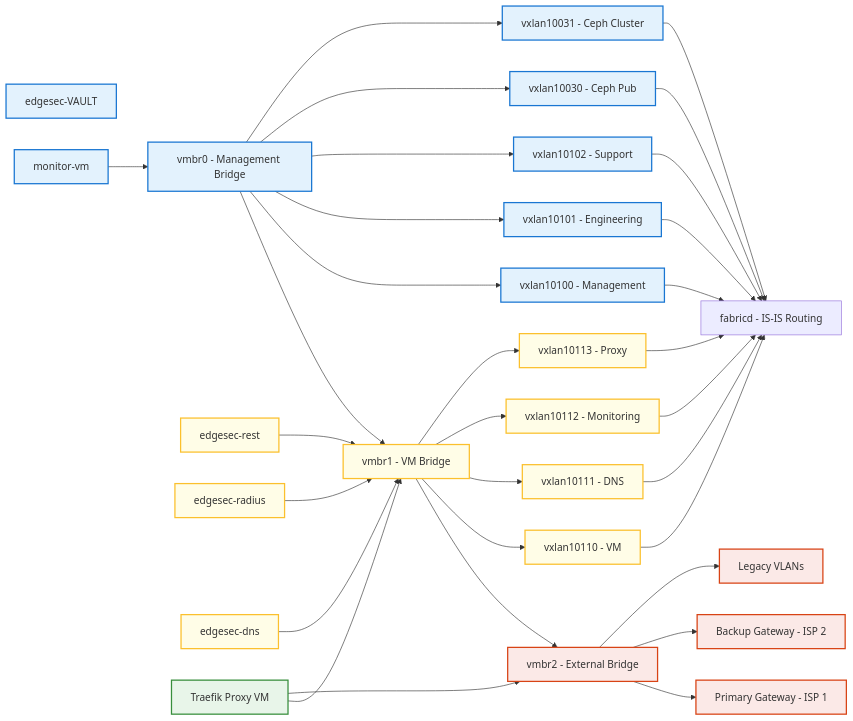
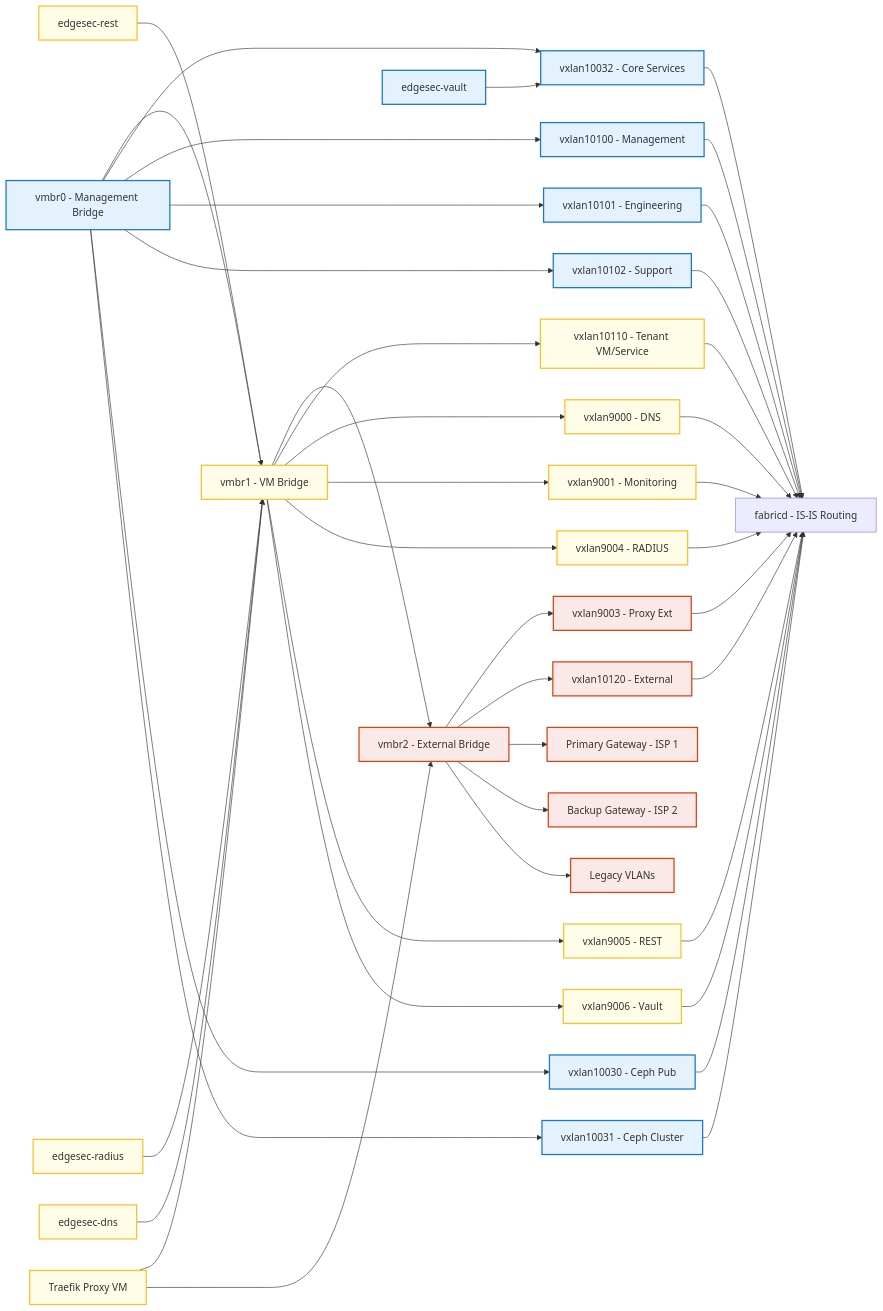
One commit to CEP-Comwell/proxmox_addons changed the diagram in README.md. Above: the diagram before and after it, drawn with Mermaid.

Commit message:
updated mmd within graph LR in main README.md

````diff
--- a/README.md
+++ b/README.md
@@ -59,86 +59,101 @@
 ```mermaid
 graph LR
 
-	%% Bridges (ordered left to right)
-	MgmtBridge[vmbr0 - Management Bridge]
-	VMBridge[vmbr1 - VM Bridge]
-	ExtBridge[vmbr2 - External Bridge]
+  %% Bridges (ordered left to right)
+  MgmtBridge[vmbr0 - Management Bridge]
+  VMBridge[vmbr1 - VM Bridge]
+  ExtBridge[vmbr2 - External Bridge]
 
-	%% Services
-	VaultVM[edgesec-VAULT]
-	MonitorVM[monitor-vm]
-	RestVM[edgesec-rest]
-	RadiusVM[edgesec-radius]
-	DNSVM[edgesec-dns]
-	ProxyVM[Traefik Proxy VM]
+  %% Services
+  VaultVM[edgesec-vault]
+  RestVM[edgesec-rest]
+  RadiusVM[edgesec-radius]
+  DNSVM[edgesec-dns]
+  ProxyVM[Traefik Proxy VM]
 
-	%% Overlays
-	VX10100[vxlan10100 - Management]
-	VX10101[vxlan10101 - Engineering]
-	VX10102[vxlan10102 - Support]
-	VX10110[vxlan10110 - VM]
-	VX10111[vxlan10111 - DNS]
-	VX10112[vxlan10112 - Monitoring]
-	VX10113[vxlan10113 - Proxy]
-	VXCEPH1[vxlan10030 - Ceph Pub]
-	VXCEPH2[vxlan10031 - Ceph Cluster]
+  %% Overlays
+  VX10100[vxlan10100 - Management]
+  VX10101[vxlan10101 - Engineering]
+  VX10102[vxlan10102 - Support]
+  VX10110[vxlan10110 - Tenant VM/Service]
+  VX9000[vxlan9000 - DNS]
+  VX9001[vxlan9001 - Monitoring]
+  VX9004[vxlan9004 - RADIUS]
+  VX9005[vxlan9005 - REST]
+  VX9006[vxlan9006 - Vault]
+  VX9003[vxlan9003 - Proxy Ext]
+  VX10120[vxlan10120 - External]
+  VXCEPH1[vxlan10030 - Ceph Pub]
+  VXCEPH2[vxlan10031 - Ceph Cluster]
+  VX10032[vxlan10032 - Core Services]
 
-	Gateway1[Primary Gateway - ISP 1]
-	Gateway2[Backup Gateway - ISP 2]
-	LegacyVLAN[Legacy VLANs]
+  Gateway1[Primary Gateway - ISP 1]
+  Gateway2[Backup Gateway - ISP 2]
+  LegacyVLAN[Legacy VLANs]
 
-	Fabricd[fabricd - IS-IS Routing]
+  Fabricd[fabricd - IS-IS Routing]
 
-	%% Explicit bridge ordering
-	MgmtBridge --> VMBridge --> ExtBridge
+  %% Explicit bridge ordering
+  MgmtBridge --> VMBridge --> ExtBridge
 
-	%% Service VMs to bridges
-	MonitorVM --> MgmtBridge
-	RestVM --> VMBridge
-	RadiusVM --> VMBridge
-	DNSVM --> VMBridge
-	ProxyVM --> VMBridge
-	ProxyVM --> ExtBridge
+  %% Service VMs to overlays/bridges
+  VaultVM --> VX10032
+  RestVM --> VMBridge
+  RadiusVM --> VMBridge
+  DNSVM --> VMBridge
+  ProxyVM --> VMBridge
+  ProxyVM --> ExtBridge
+  MgmtBridge --> VX10032
 
-	%% VM Bridge overlays
-	VMBridge --> VX10110
-	VMBridge --> VX10111
-	VMBridge --> VX10112
-	VMBridge --> VX10113
+  %% VM Bridge overlays (tenant/service and core services)
+  VMBridge --> VX10110
+  VMBridge --> VX9000
+  VMBridge --> VX9001
+  VMBridge --> VX9004
+  VMBridge --> VX9005
+  VMBridge --> VX9006
 
-	%% Management Bridge overlays
-	MgmtBridge --> VX10100
-	MgmtBridge --> VX10101
-	MgmtBridge --> VX10102
-	MgmtBridge --> VXCEPH1
-	MgmtBridge --> VXCEPH2
+  %% Management Bridge overlays (management, engineering, support, storage)
+  MgmtBridge --> VX10100
+  MgmtBridge --> VX10101
+  MgmtBridge --> VX10102
+  MgmtBridge --> VXCEPH1
+  MgmtBridge --> VXCEPH2
 
-	%% VXLANs to fabricd
-	VX10100 --> Fabricd
-	VX10101 --> Fabricd
-	VX10102 --> Fabricd
-	VX10110 --> Fabricd
-	VX10111 --> Fabricd
-	VX10112 --> Fabricd
-	VX10113 --> Fabricd
-	VXCEPH1 --> Fabricd
-	VXCEPH2 --> Fabricd
+  %% VXLANs to fabricd
+  VX10100 --> Fabricd
+  VX10101 --> Fabricd
+  VX10102 --> Fabricd
+  VX10110 --> Fabricd
+  VX9000 --> Fabricd
+  VX9001 --> Fabricd
+  VX9004 --> Fabricd
+  VX9005 --> Fabricd
+  VX9006 --> Fabricd
+  VX9003 --> Fabricd
+  VX10120 --> Fabricd
+  VXCEPH1 --> Fabricd
+  VXCEPH2 --> Fabricd
+  VX10032 --> Fabricd
 
-	%% External Bridge to Gateways
-	ExtBridge --> Gateway1
-	ExtBridge --> Gateway2
+  %% External Bridge overlays (external, proxy_ext)
+  ExtBridge --> VX9003
+  ExtBridge --> VX10120
 
-	%% External Bridge to Legacy VLANs
-	ExtBridge --> LegacyVLAN
+  %% External Bridge to Gateways
+  ExtBridge --> Gateway1
+  ExtBridge --> Gateway2
 
-	%% Custom bridge colors
-	classDef mgmt fill:#e3f2fd,stroke:#1976d2,stroke-width:2px;
-	classDef vm fill:#fffde7,stroke:#fbc02d,stroke-width:2px;
-	classDef ext fill:#fbe9e7,stroke:#d84315,stroke-width:2px;
-	classDef proxy fill:#e8f5e9,stroke:#388e3c,stroke-width:2px;
+  %% External Bridge to Legacy VLANs
+  ExtBridge --> LegacyVLAN
 
-	class MgmtBridge,VaultVM,MonitorVM,VX10100,VX10101,VX10102,VXCEPH1,VXCEPH2 mgmt;
-	class VMBridge,RestVM,RadiusVM,DNSVM,VX10110,VX10111,VX10112,VX10113 vm;
-	class ExtBridge,Gateway1,Gateway2,LegacyVLAN ext;
-	class ProxyVM proxy;
+  %% Custom bridge colors
+  classDef mgmt fill:#e3f2fd,stroke:#1976d2,stroke-width:2px;
+  classDef vm fill:#fffde7,stroke:#fbc02d,stroke-width:2px;
+  classDef ext fill:#fbe9e7,stroke:#d84315,stroke-width:2px;
+  classDef proxy fill:#e8f5e9,stroke:#388e3c,stroke-width:2px;
+
+  class MgmtBridge,VaultVM,VX10100,VX10101,VX10102,VXCEPH1,VXCEPH2,VX10032 mgmt;
+  class VMBridge,RestVM,RadiusVM,DNSVM,ProxyVM,VX10110,VX9000,VX9001,VX9004,VX9005,VX9006 vm;
+  class ExtBridge,Gateway1,Gateway2,LegacyVLAN,VX9003,VX10120 ext;
 ```
````
